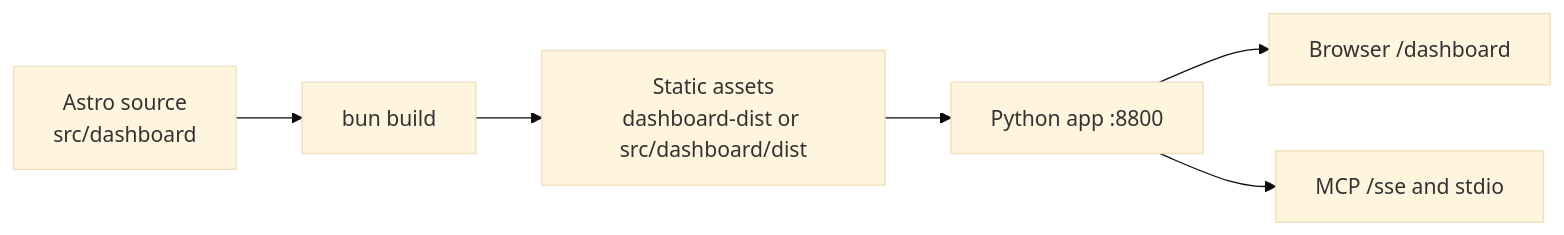
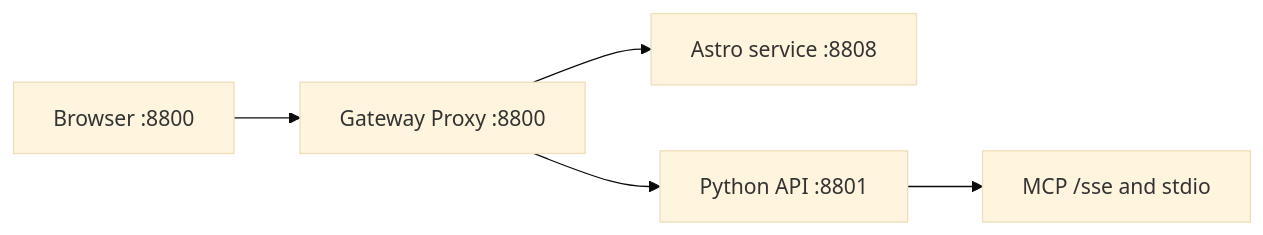
Before and after one commit to hiimtrung/minder: the second of 7 diagrams in docs/system-design.md, drawn with Mermaid (base theme). The commit also changed other lines of this file and 42 other files, not shown here.

````diff
--- a/docs/system-design.md
+++ b/docs/system-design.md
@@ -62,8 +63,7 @@
 ```mermaid
 flowchart LR
-    AstroSource["Astro source<br/>src/dashboard"] --> Build["bun build"]
-    Build --> StaticAssets["Static assets<br/>dashboard-dist or src/dashboard/dist"]
-    StaticAssets --> Python["Python app :8800"]
-    Python --> Browser["Browser /dashboard"]
-    Python --> MCP["MCP /sse and stdio"]
+  Browser["Browser :8800"] --> Proxy["Gateway Proxy :8800"]
+  Proxy --> Astro["Astro service :8808"]
+  Proxy --> Python["Python API :8801"]
+  Python --> MCP["MCP /sse and stdio"]
 ```
````
